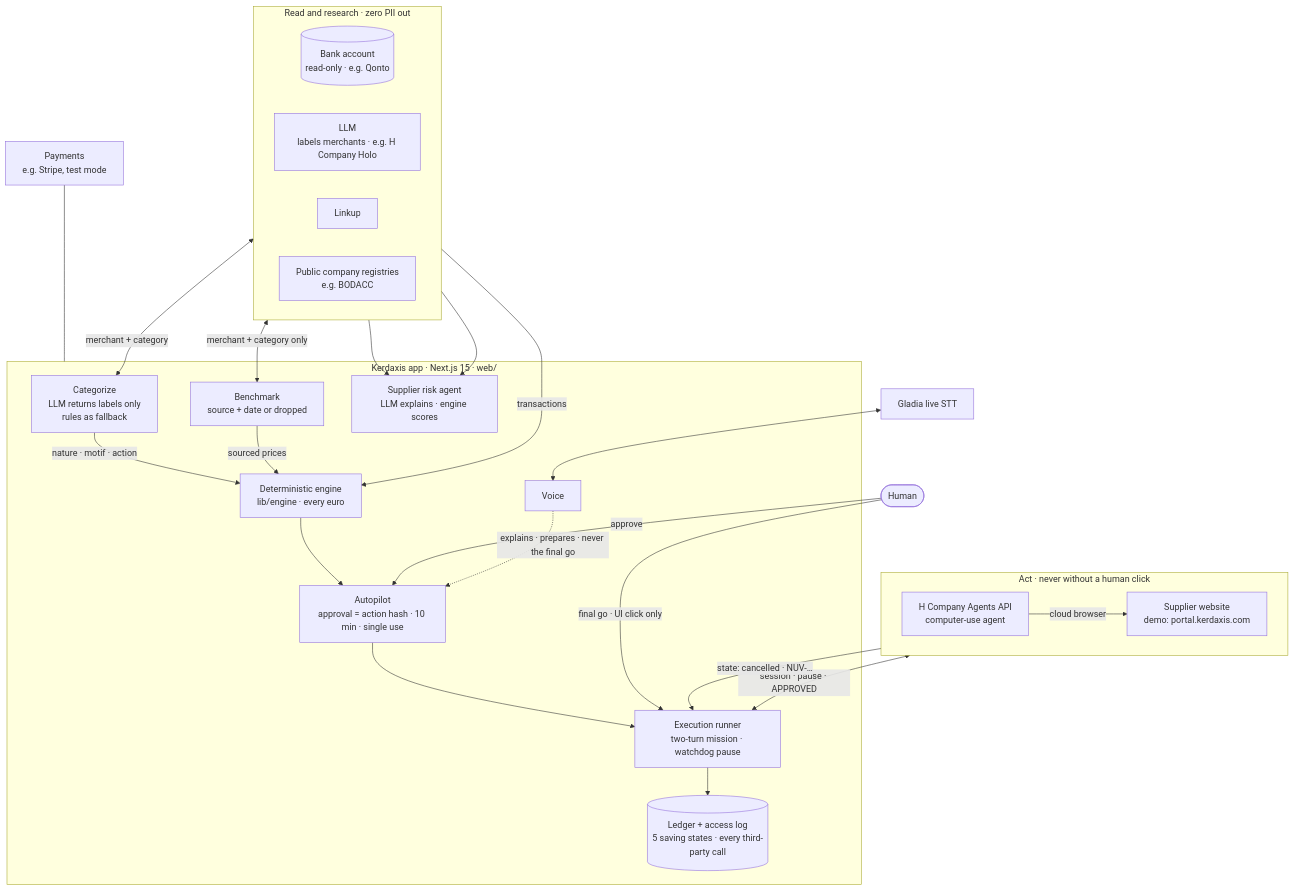
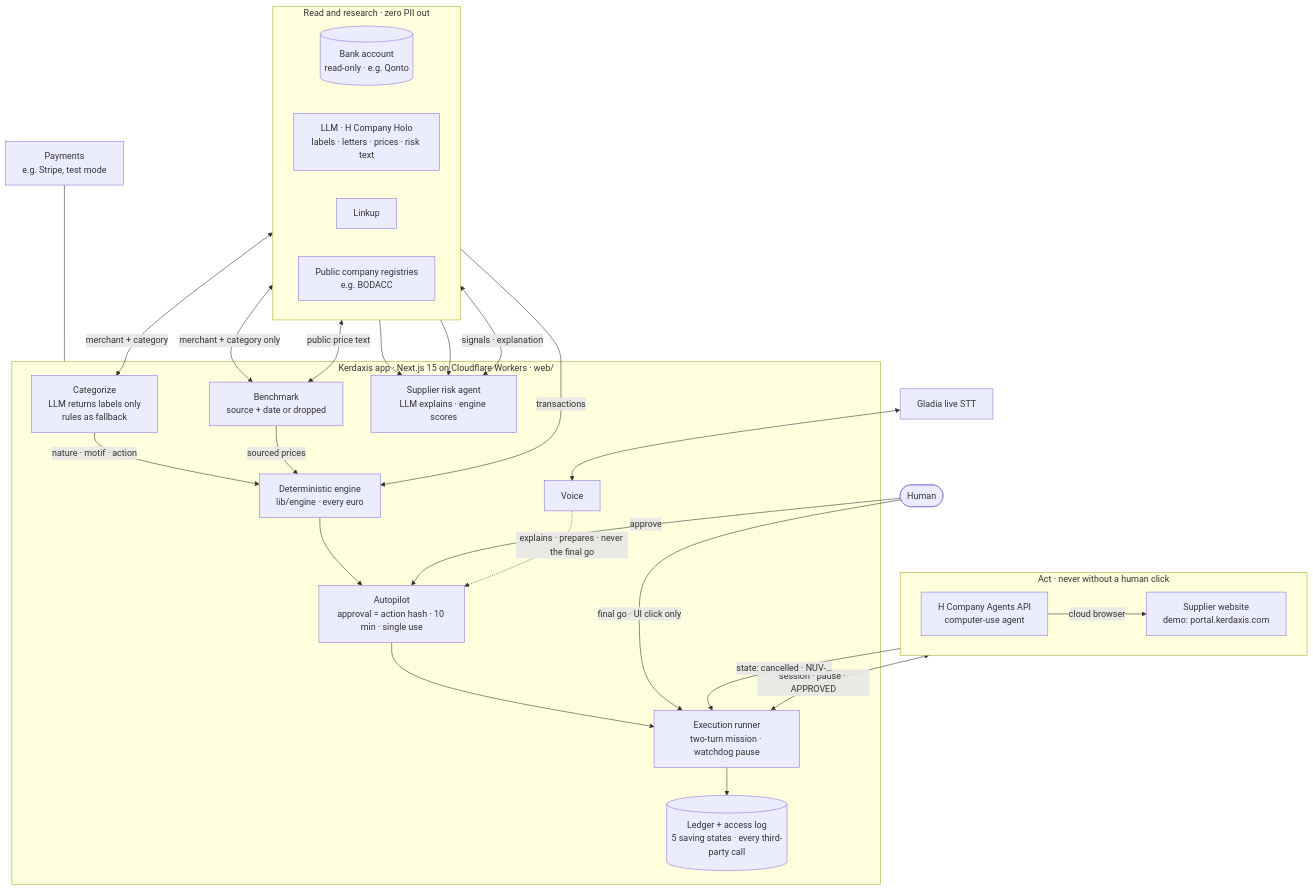
One commit to kevinMPO/kerdaxis changed the first of 2 diagrams in README.md. Above: the diagram before and after it, drawn with Mermaid. The commit also changed other lines of this file and 29 other files, not shown here.

First line of the commit message:
feat(web): use H Company Holo for every LLM call instead of Claude

````diff
--- a/README.md
+++ b/README.md
@@ -132,50 +132,52 @@
 ```mermaid
 flowchart TB
     subgraph IN["Read and research · zero PII out"]
       direction LR
       Q[("Bank account<br/>read-only · e.g. Qonto")]
-      AN["LLM<br/>labels merchants · e.g. H Company Holo"]
+      AN["LLM · H Company Holo<br/>labels · letters · prices · risk text"]
       LK["Linkup"]
       GOV["Public company registries<br/>e.g. BODACC"]
     end
 
-    subgraph APP["Kerdaxis app · Next.js 15 · web/"]
+    subgraph APP["Kerdaxis app · Next.js 15 on Cloudflare Workers · web/"]
       LBL["Categorize<br/>LLM returns labels only<br/>rules as fallback"]
       BM["Benchmark<br/>source + date or dropped"]
       RISK["Supplier risk agent<br/>LLM explains · engine scores"]
       ENG["Deterministic engine<br/>lib/engine · every euro"]
       AP["Autopilot<br/>approval = action hash · 10 min · single use"]
       EX["Execution runner<br/>two-turn mission · watchdog pause"]
       LED[("Ledger + access log<br/>5 saving states · every third-party call")]
       VO["Voice"]
     end
 
     subgraph OUT["Act · never without a human click"]
       direction LR
       H["H Company Agents API<br/>computer-use agent"]
       P["Supplier website<br/>demo: portal.kerdaxis.com"]
     end
 
     U([Human])
     GL["Gladia live STT"]
     ST["Payments<br/>e.g. Stripe, test mode"]
 
     Q -->|transactions| ENG
     AN <-->|merchant + category| LBL
     LBL -->|nature · motif · action| ENG
     LK <-->|merchant + category only| BM
+    AN <-->|public price text| BM
     BM -->|sourced prices| ENG
     LK --> RISK
     GOV --> RISK
+    AN <-->|signals · explanation| RISK
     ENG --> AP
     U -->|approve| AP
     AP --> EX
     U -->|final go · UI click only| EX
     EX --> LED
     EX <-->|session · pause · APPROVED| H
     H -->|cloud browser| P
     P -->|state: cancelled · NUV-…| EX
     GL <--> VO
     VO -.->|explains · prepares · never the final go| AP
     ST --- APP
 ```
````
